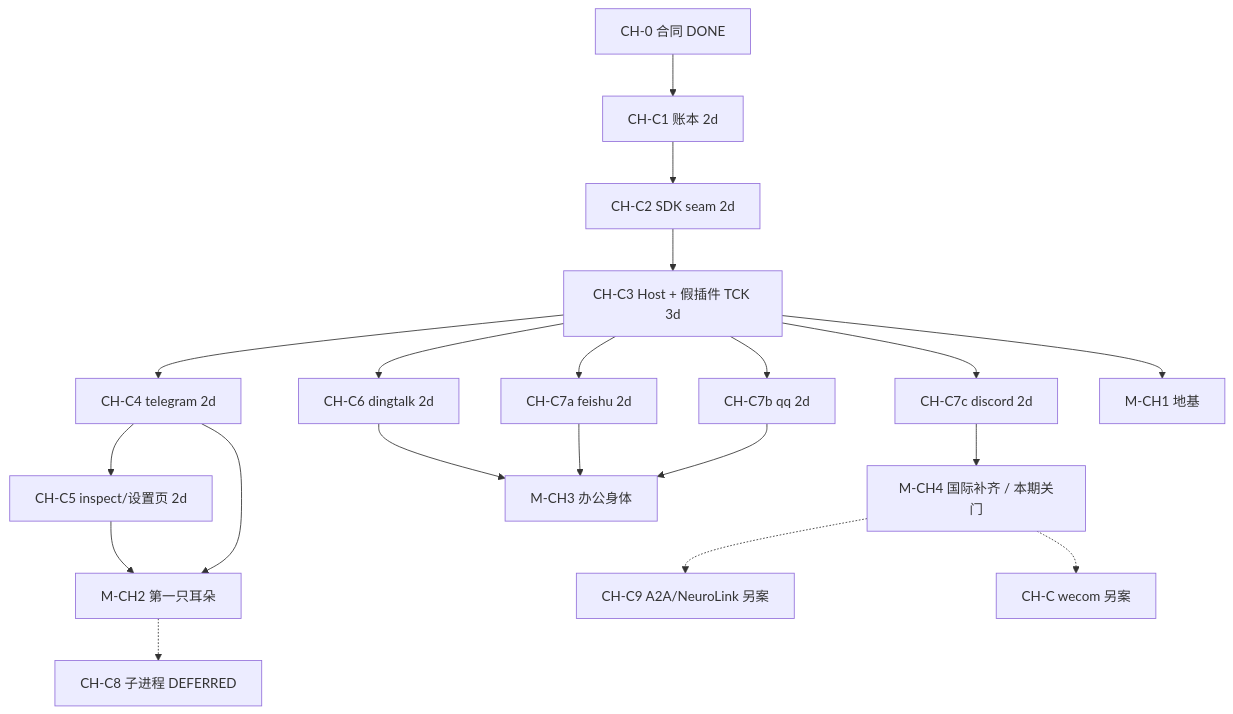
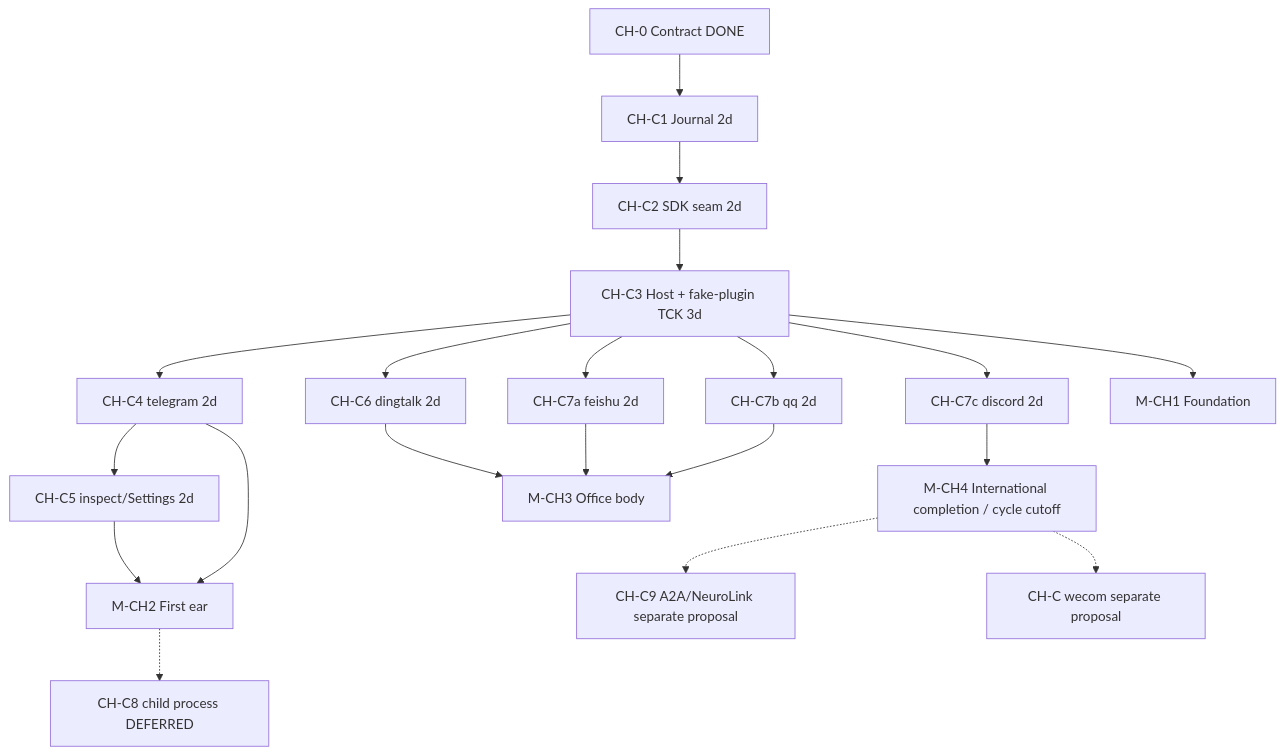
One commit to ProjectViVy/agent-vivy changed the first of 2 diagrams in docs/TODO.md. Above: the diagram before and after it, drawn with Mermaid. The commit also changed other lines of this file and 563 other files, not shown here.

````diff
--- a/docs/TODO.md
+++ b/docs/TODO.md
@@ -176,26 +176,26 @@
 ```mermaid
 flowchart TD
-  C0["CH-0 合同 DONE"] --> C1["CH-C1 账本 2d"]
+  C0["CH-0 Contract DONE"] --> C1["CH-C1 Journal 2d"]
   C1 --> C2["CH-C2 SDK seam 2d"]
-  C2 --> C3["CH-C3 Host + 假插件 TCK 3d"]
+  C2 --> C3["CH-C3 Host + fake-plugin TCK 3d"]
 
   C3 --> C4["CH-C4 telegram 2d"]
   C3 --> C6["CH-C6 dingtalk 2d"]
   C3 --> C7a["CH-C7a feishu 2d"]
   C3 --> C7b["CH-C7b qq 2d"]
   C3 --> C7c["CH-C7c discord 2d"]
 
-  C4 --> C5["CH-C5 inspect/设置页 2d"]
-  C4 --> M2["M-CH2 第一只耳朵"]
+  C4 --> C5["CH-C5 inspect/Settings 2d"]
+  C4 --> M2["M-CH2 First ear"]
   C5 --> M2
 
-  C3 --> M1["M-CH1 地基"]
-  C6 --> M3["M-CH3 办公身体"]
+  C3 --> M1["M-CH1 Foundation"]
+  C6 --> M3["M-CH3 Office body"]
   C7a --> M3
   C7b --> M3
-  C7c --> M4["M-CH4 国际补齐 / 本期关门"]
+  C7c --> M4["M-CH4 International completion / cycle cutoff"]
 
-  M2 -.-> C8["CH-C8 子进程 DEFERRED"]
-  M4 -.-> C9["CH-C9 A2A/NeuroLink 另案"]
-  M4 -.-> Wecom["CH-C wecom 另案"]
+  M2 -.-> C8["CH-C8 child process DEFERRED"]
+  M4 -.-> C9["CH-C9 A2A/NeuroLink separate proposal"]
+  M4 -.-> Wecom["CH-C wecom separate proposal"]
 ```
````
